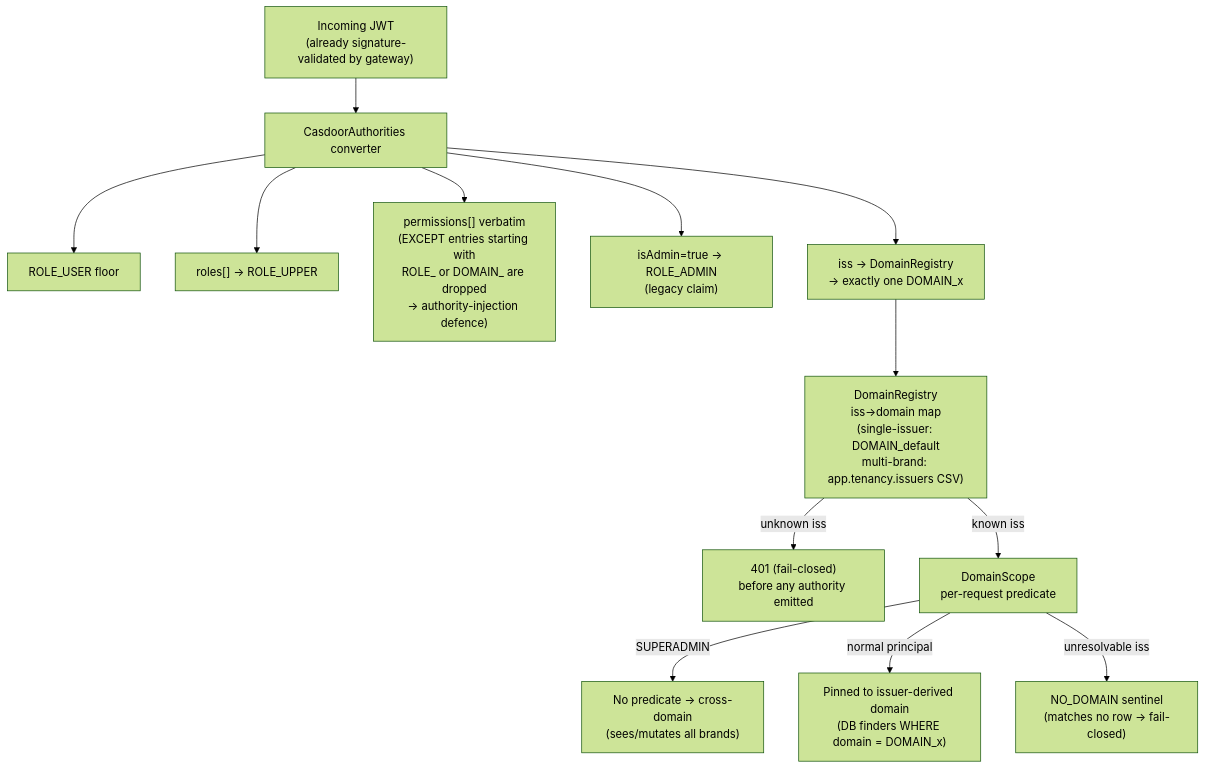
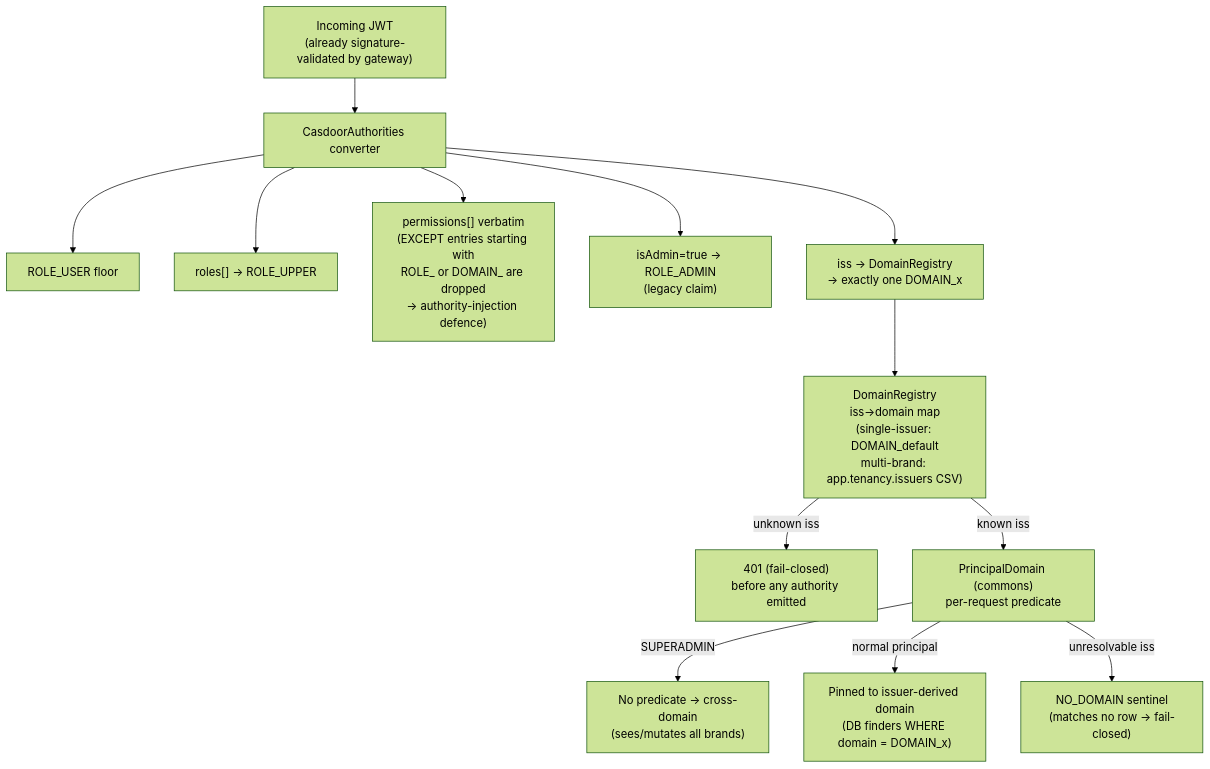
One commit to hugmesh/hugmesh-federation-api changed the fifth of 5 diagrams in README.md. Above: the diagram before and after it, drawn with Mermaid (forest theme). The commit also changed other lines of this file and 2 other files, not shown here.

First line of the commit message:
docs: comprehensive refresh (README/status/diagrams/TODOs) + dead code cleanup (#82)

````diff
--- a/README.md
+++ b/README.md
@@ -474,17 +536,17 @@
 ```mermaid
 flowchart TB
     JWT["Incoming JWT\n(already signature-validated by gateway)"] --> CA["CasdoorAuthorities converter"]
     CA --> R1["ROLE_USER floor"]
     CA --> R2["roles[] → ROLE_UPPER"]
     CA --> R3["permissions[] verbatim\n(EXCEPT entries starting with\nROLE_ or DOMAIN_ are dropped\n→ authority-injection defence)"]
     CA --> R4["isAdmin=true → ROLE_ADMIN\n(legacy claim)"]
     CA --> R5["iss → DomainRegistry\n→ exactly one DOMAIN_x"]
 
     R5 --> DR["DomainRegistry\niss→domain map\n(single-issuer: DOMAIN_default\nmulti-brand: app.tenancy.issuers CSV)"]
     DR -- "unknown iss" --> REJECT["401 (fail-closed)\nbefore any authority emitted"]
-    DR -- "known iss" --> DS["DomainScope\nper-request predicate"]
+    DR -- "known iss" --> DS["PrincipalDomain (commons)\nper-request predicate"]
 
     DS -- "SUPERADMIN" --> ALL["No predicate → cross-domain\n(sees/mutates all brands)"]
     DS -- "normal principal" --> PIN["Pinned to issuer-derived domain\n(DB finders WHERE domain = DOMAIN_x)"]
     DS -- "unresolvable iss" --> ND["NO_DOMAIN sentinel\n(matches no row → fail-closed)"]
 ```
````
